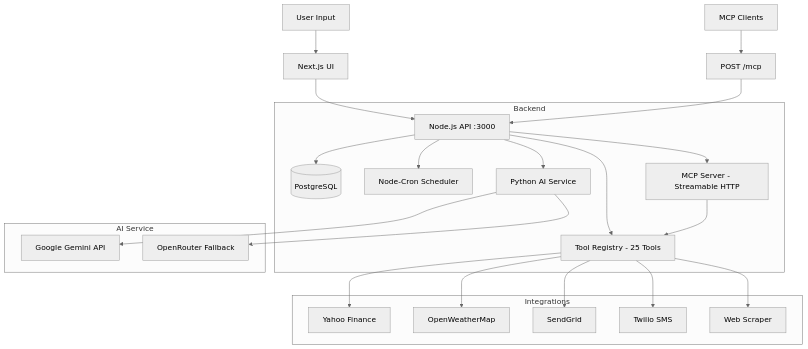
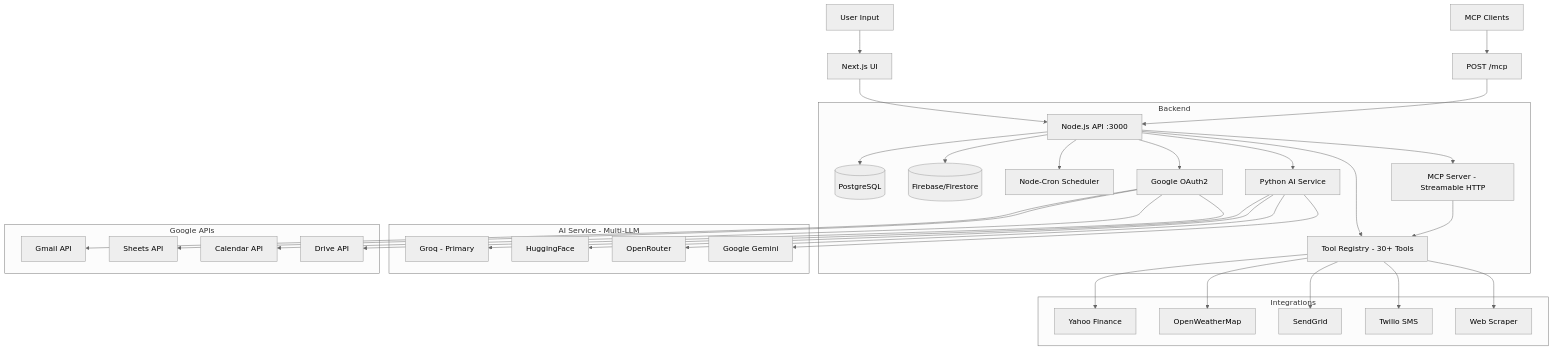
Before and after one commit to jayyycodes/workflow-automation: the diagram in README.md, drawn with Mermaid (neutral theme). The commit also changed other lines of this file and 60 other files, not shown here.

Commit message:
feat: Google OAuth, multi-LLM, Sheets auto-create, updated README

````diff
--- a/README.md
+++ b/README.md
@@ -99,29 +117,40 @@
 ```mermaid
 graph TD
     User[User Input] --> NextUI[Next.js UI]
     MCPClient[MCP Clients] --> MCPEndpoint[POST /mcp]
     NextUI --> NodeAPI[Node.js API :3000]
     MCPEndpoint --> NodeAPI
     
     subgraph Backend
-    NodeAPI --> ToolReg[Tool Registry - 25 Tools]
+    NodeAPI --> ToolReg[Tool Registry - 30+ Tools]
     NodeAPI --> DB[(PostgreSQL)]
+    NodeAPI --> Firebase[(Firebase/Firestore)]
     NodeAPI --> Scheduler[Node-Cron Scheduler]
     NodeAPI --> PyService[Python AI Service]
     NodeAPI --> MCP[MCP Server - Streamable HTTP]
+    NodeAPI --> GoogleOAuth[Google OAuth2]
     MCP --> ToolReg
     end
     
-    subgraph AI_Service[AI Service]
-    PyService --> Gemini[Google Gemini API]
-    PyService --> OpenRouter[OpenRouter Fallback]
+    subgraph AI_Service[AI Service - Multi-LLM]
+    PyService --> Groq[Groq - Primary]
+    PyService --> HuggingFace[HuggingFace]
+    PyService --> OpenRouter[OpenRouter]
+    PyService --> Gemini[Google Gemini]
+    end
+    
+    subgraph Google[Google APIs]
+    GoogleOAuth --> Gmail[Gmail API]
+    GoogleOAuth --> Sheets[Sheets API]
+    GoogleOAuth --> Calendar[Calendar API]
+    GoogleOAuth --> Drive[Drive API]
     end
     
     subgraph Integrations
     ToolReg --> Stocks[Yahoo Finance]
     ToolReg --> Weather[OpenWeatherMap]
     ToolReg --> Email[SendGrid]
     ToolReg --> SMS[Twilio SMS]
     ToolReg --> Scraper[Web Scraper]
     end
 ```
````
